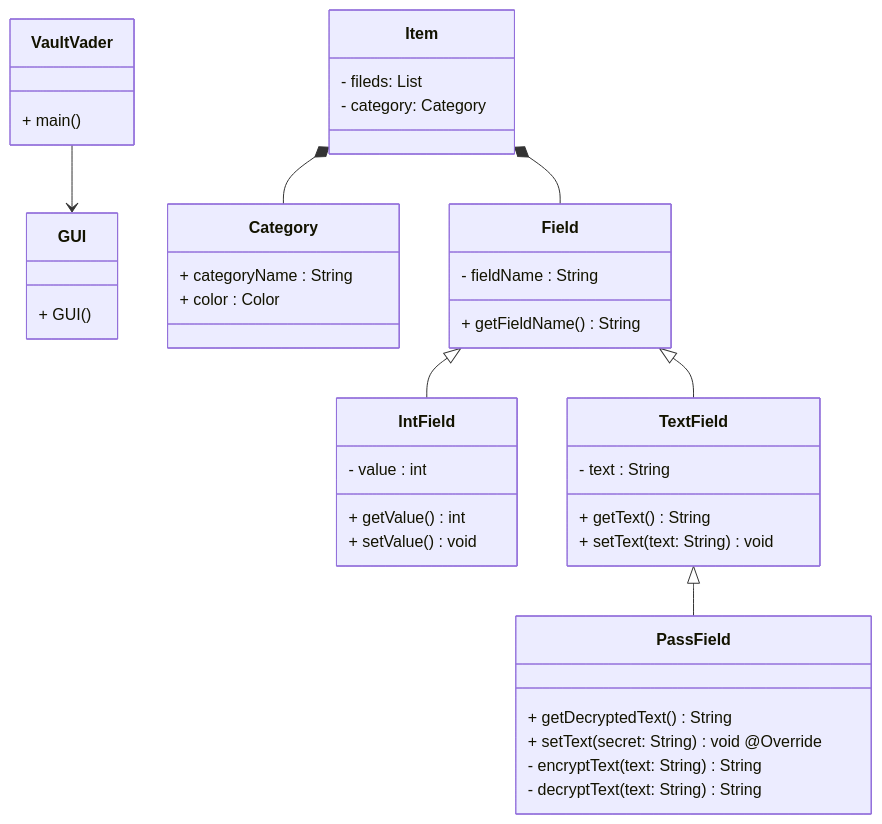
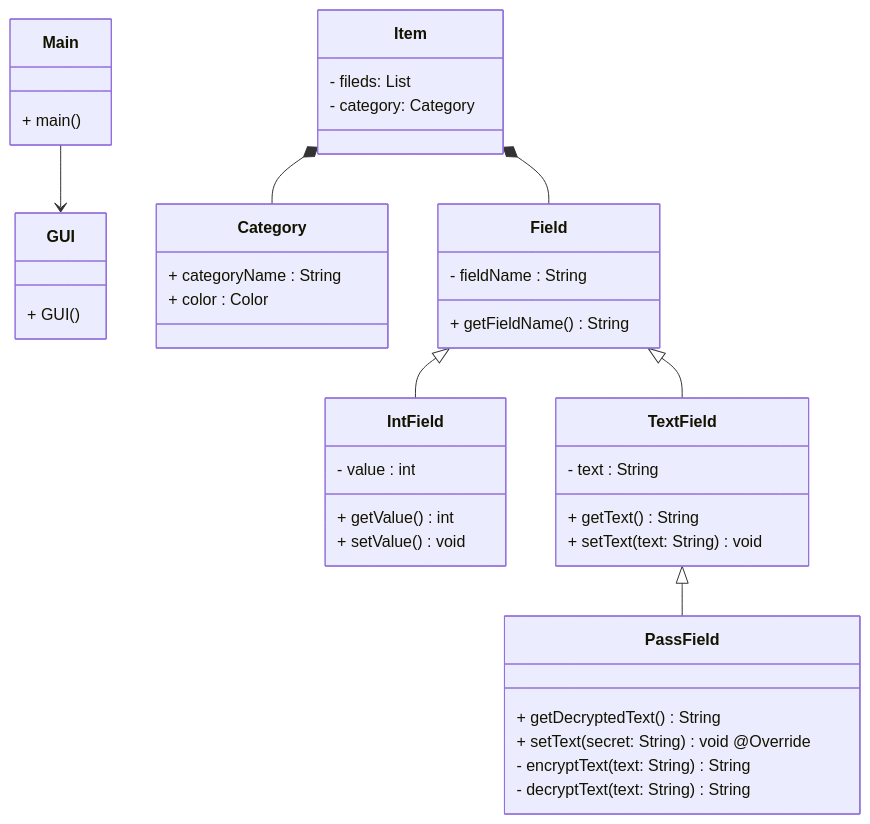
One commit to Spyro1/Vault-Vader changed the diagram in README.md. Above: the diagram before and after it, drawn with Mermaid. The commit also changed 4 other files, not shown here.

````diff
--- a/README.md
+++ b/README.md
@@ -7,46 +7,47 @@
 ```mermaid
 classDiagram
-    class VaultVader{
+    class Main{
         + main()
     }
     class GUI{
         + GUI()
     }
     class Item{
         - fileds: List<Field>
         - category: Category
     }
     class Category{
         + categoryName : String
         + color : Color
     }
     class Field{
         - fieldName : String
         + getFieldName() String
     }
     class IntField{
         - value : int
         + getValue() int
         + setValue() void
     }
     class TextField{
         - text : String
         + getText() String
         + setText(text: String) void
     }
     class PassField{
         + getDecryptedText() String
         + setText(secret: String) void @Override
         - encryptText(text: String) String
         - decryptText(text: String) String
     }
-    VaultVader --> GUI 
+    
+    Main --> GUI 
     
     Item *-- Field
     Item *-- Category
    
+    Field <|-- TextField
     Field <|-- IntField
-    Field <|-- TextField
     TextField <|-- PassField
 
 ```
````
